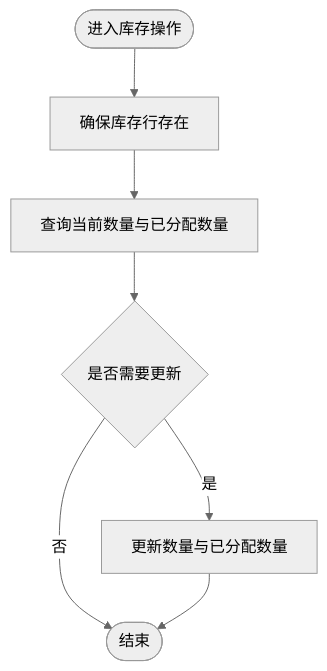
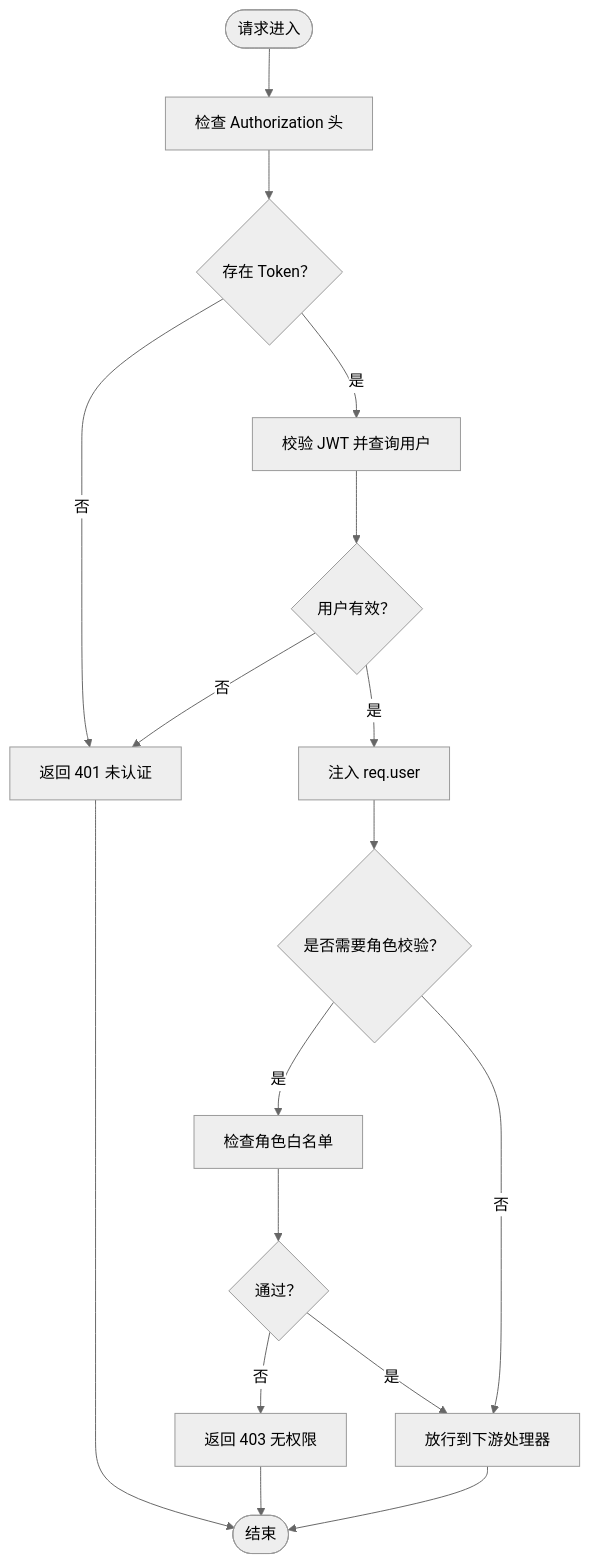
One commit to Juny09/inventory_system changed the fourth of 10 diagrams in .qoder/repowiki/zh/content/开发指南.md. Above: the diagram before and after it, drawn with Mermaid (neutral theme). The commit also changed other lines of this file and 171 other files, not shown here.

````diff
--- a/.qoder/repowiki/zh/content/开发指南.md
+++ b/.qoder/repowiki/zh/content/开发指南.md
@@ -162,9 +181,19 @@
 ```mermaid
 flowchart TD
-START(["进入库存操作"]) --> ENSURE["确保库存行存在"]
-ENSURE --> QUERY["查询当前数量与已分配数量"]
-QUERY --> DECIDE{"是否需要更新"}
-DECIDE --> |否| END(["结束"])
-DECIDE --> |是| UPDATE["更新数量与已分配数量"]
-UPDATE --> END
+Start(["请求进入"]) --> CheckAuth["检查 Authorization 头"]
+CheckAuth --> HasToken{"存在 Token？"}
+HasToken --> |否| Unauthorized["返回 401 未认证"]
+HasToken --> |是| Verify["校验 JWT 并查询用户"]
+Verify --> UserOK{"用户有效？"}
+UserOK --> |否| Unauthorized
+UserOK --> |是| InjectUser["注入 req.user"]
+InjectUser --> Roles{"是否需要角色校验？"}
+Roles --> |是| CheckRole["检查角色白名单"]
+CheckRole --> RoleOK{"通过？"}
+RoleOK --> |否| Forbidden["返回 403 无权限"]
+RoleOK --> |是| Next["放行到下游处理器"]
+Roles --> |否| Next
+Unauthorized --> End(["结束"])
+Forbidden --> End
+Next --> End
 ```
````
